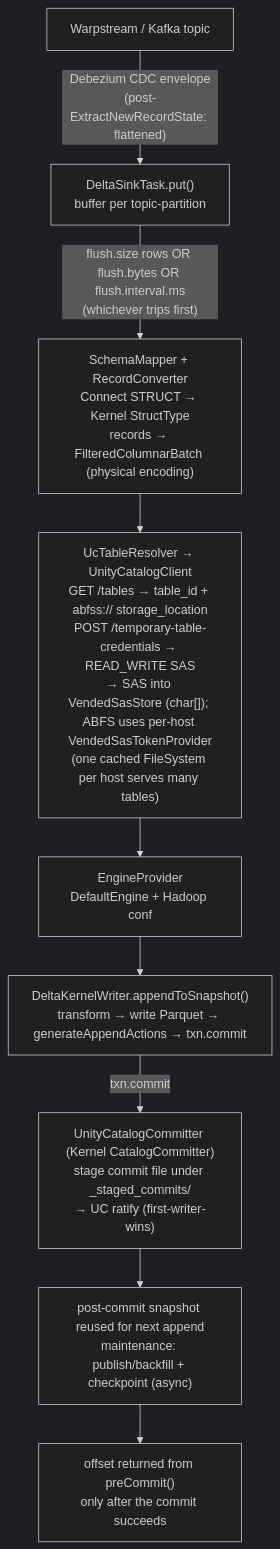
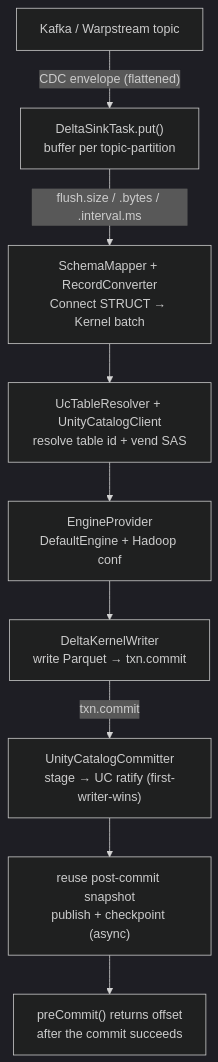
One commit to DakotaOSS/kafka-connect-delta-uc changed the diagram in docs/SPEC.md. Above: the diagram before and after it, drawn with Mermaid (dark theme). The commit also changed other lines of this file and 2 other files, not shown here.

First line of the commit message:
docs: mermaid diagrams, readable requirements, examples copyedit + explicit routing

````diff
--- a/docs/SPEC.md
+++ b/docs/SPEC.md
@@ -107,21 +101,21 @@
 ```mermaid
 graph TD
-    K["Warpstream / Kafka topic"]
+    K["Kafka / Warpstream topic"]
     P["DeltaSinkTask.put()<br/>buffer per topic-partition"]
-    S["SchemaMapper + RecordConverter<br/>Connect STRUCT → Kernel StructType<br/>records → FilteredColumnarBatch (physical encoding)"]
-    R["UcTableResolver → UnityCatalogClient<br/>GET /tables → table_id + abfss:// storage_location<br/>POST /temporary-table-credentials → READ_WRITE SAS<br/>→ SAS into VendedSasStore (char[]); ABFS uses per-host VendedSasTokenProvider<br/>(one cached FileSystem per host serves many tables)"]
+    S["SchemaMapper + RecordConverter<br/>Connect STRUCT → Kernel batch"]
+    R["UcTableResolver + UnityCatalogClient<br/>resolve table id + vend SAS"]
     E["EngineProvider<br/>DefaultEngine + Hadoop conf"]
-    W["DeltaKernelWriter.appendToSnapshot()<br/>transform → write Parquet → generateAppendActions → txn.commit"]
-    C["UnityCatalogCommitter (Kernel CatalogCommitter)<br/>stage commit file under _staged_commits/<br/>→ UC ratify (first-writer-wins)"]
-    M["post-commit snapshot reused for next append<br/>maintenance: publish/backfill + checkpoint (async)"]
-    O["offset returned from preCommit()<br/>only after the commit succeeds"]
+    W["DeltaKernelWriter<br/>write Parquet → txn.commit"]
+    C["UnityCatalogCommitter<br/>stage → UC ratify (first-writer-wins)"]
+    M["reuse post-commit snapshot<br/>publish + checkpoint (async)"]
+    O["preCommit() returns offset<br/>after the commit succeeds"]
 
-    K -->|"Debezium CDC envelope<br/>(post-ExtractNewRecordState: flattened)"| P
-    P -->|"flush.size rows OR flush.bytes OR flush.interval.ms<br/>(whichever trips first)"| S
+    K -->|"CDC envelope (flattened)"| P
+    P -->|"flush.size / .bytes / .interval.ms"| S
     S --> R
     R --> E
     E --> W
     W -->|"txn.commit"| C
     C --> M
     M --> O
 ```
````
